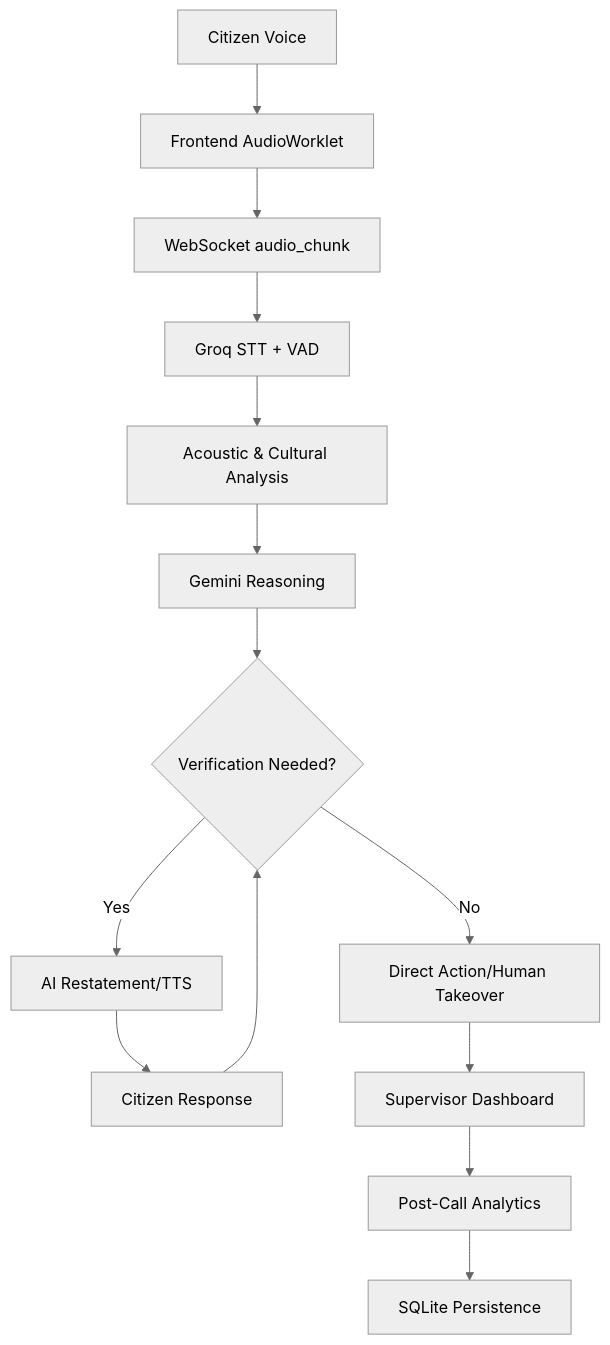
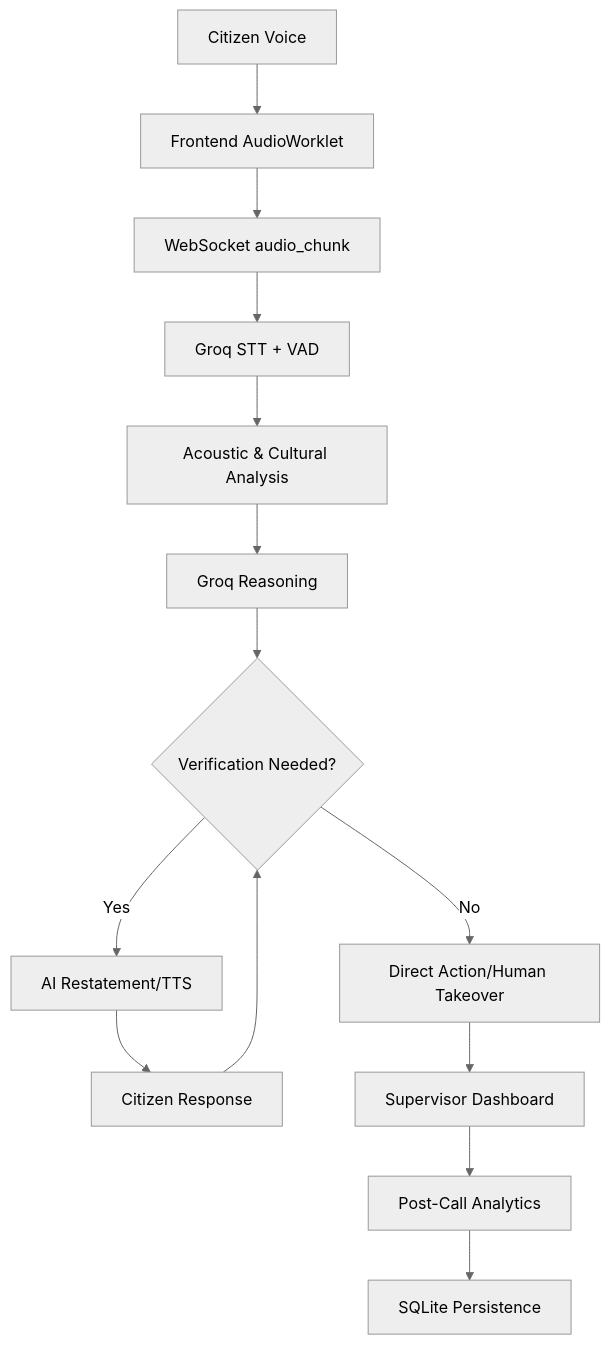
Before and after one commit to Team-Diamond24/vaaksetu: the diagram in README.md, drawn with Mermaid (neutral theme). The commit also changed other lines of this file and 16 other files, not shown here.

````diff
--- a/README.md
+++ b/README.md
@@ -75,16 +75,16 @@
 ```mermaid
 flowchart TD
     A[Citizen Voice] --> B[Frontend AudioWorklet]
     B --> C[WebSocket audio_chunk]
     C --> D[Groq STT + VAD]
     D --> E[Acoustic & Cultural Analysis]
-    E --> F[Gemini Reasoning]
+    E --> F[Groq Reasoning]
     F --> G{Verification Needed?}
     G -- Yes --> H[AI Restatement/TTS]
     G -- No --> I[Direct Action/Human Takeover]
     H --> J[Citizen Response]
     J --> G
     I --> K[Supervisor Dashboard]
     K --> L[Post-Call Analytics]
     L --> M[SQLite Persistence]
 ```
````
